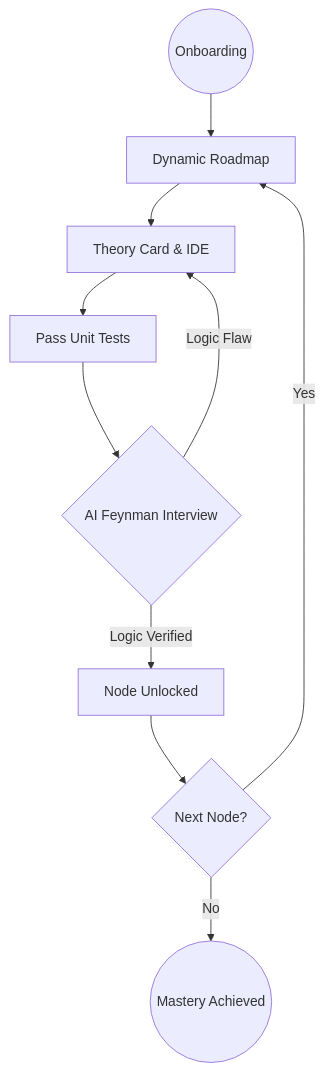
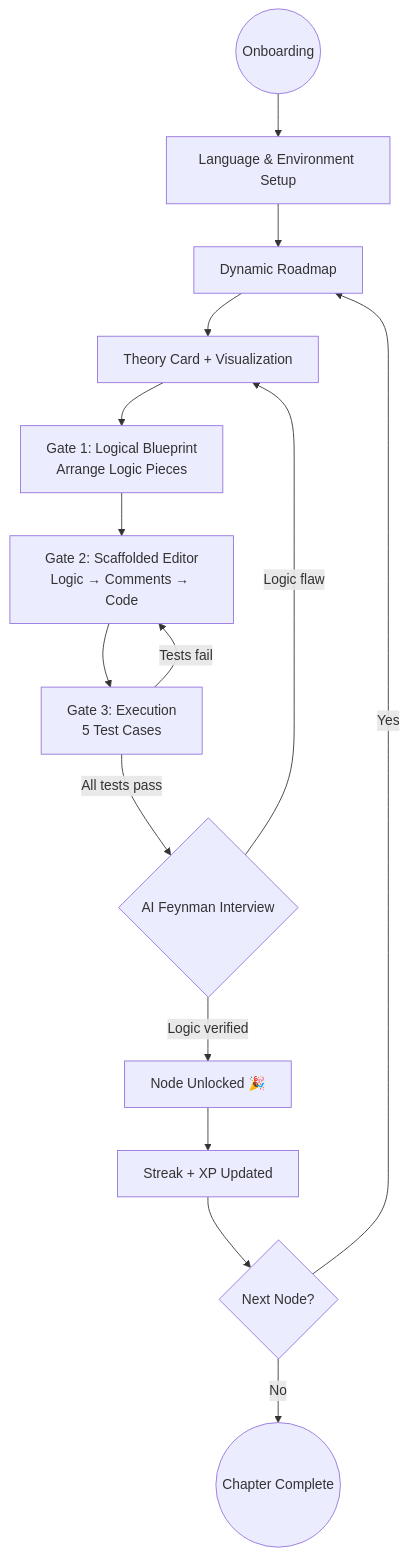
The diagram in docs/platform-overview.md (Vinh-1509/code-learning-platform-be), drawn with Mermaid before and after one commit. The commit also changed other lines of this file, not shown here.

````diff
--- a/docs/platform-overview.md
+++ b/docs/platform-overview.md
@@ -64,12 +90,17 @@
 ```mermaid
 graph TD
-    Start((Onboarding)) --> Roadmap[Dynamic Roadmap]
-    Roadmap --> Concept[Theory Card & IDE]
-    Concept --> Tests[Pass Unit Tests]
-    Tests --> Interview{AI Feynman Interview}
-    Interview -- Logic Verified --> Unlock[Node Unlocked]
-    Interview -- Logic Flaw --> Concept
-    Unlock --> Next{Next Node?}
+    Start((Onboarding)) --> Lang[Language & Environment Setup]
+    Lang --> Roadmap[Dynamic Roadmap]
+    Roadmap --> Theory[Theory Card + Visualization]
+    Theory --> Gate1[Gate 1: Logical Blueprint\nArrange Logic Pieces]
+    Gate1 --> Gate2[Gate 2: Scaffolded Editor\nLogic → Comments → Code]
+    Gate2 --> Gate3[Gate 3: Execution\n5 Test Cases]
+    Gate3 -- All tests pass --> Interview{AI Feynman Interview}
+    Gate3 -- Tests fail --> Gate2
+    Interview -- Logic verified --> Unlock[Node Unlocked 🎉]
+    Interview -- Logic flaw --> Theory
+    Unlock --> Streak[Streak + XP Updated]
+    Streak --> Next{Next Node?}
     Next -- Yes --> Roadmap
-    Next -- No --> Done((Mastery Achieved))
+    Next -- No --> Done((Chapter Complete))
 ```
````
